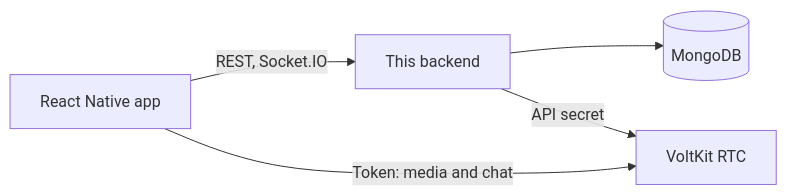
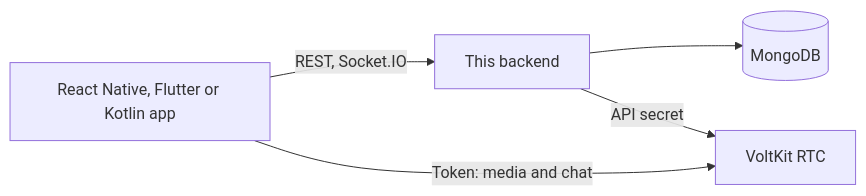
Before and after one commit to voltkit-rtc/voltkit-rtc-backend-demo: the diagram in README.md, drawn with Mermaid. The commit also changed other lines of this file, not shown here.

Commit message:
README: link the React Native, Flutter and Kotlin apps

````diff
--- a/README.md
+++ b/README.md
@@ -17,12 +27,12 @@
 ```mermaid
 flowchart LR
-  App["React Native app"]
+  App["React Native, Flutter or Kotlin app"]
   Backend["This backend"]
   Mongo[("MongoDB")]
   VoltKit["VoltKit RTC"]
 
   App -- "REST, Socket.IO" --> Backend
   Backend --> Mongo
   Backend -- "API secret" --> VoltKit
   App -- "Token: media and chat" --> VoltKit
 ```
````
